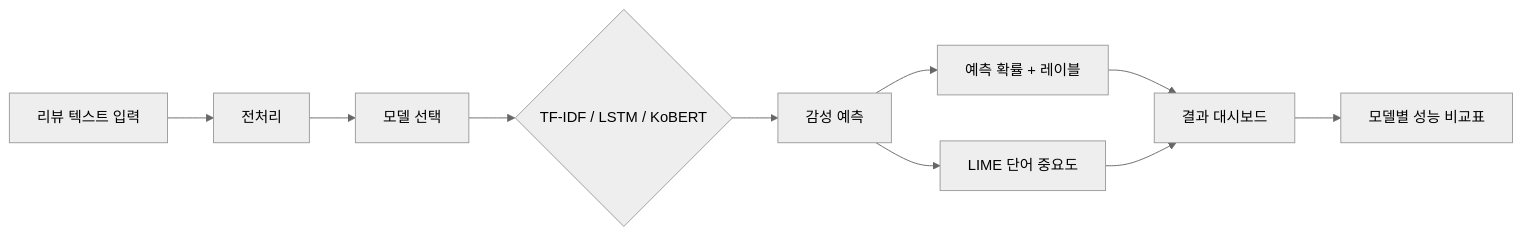
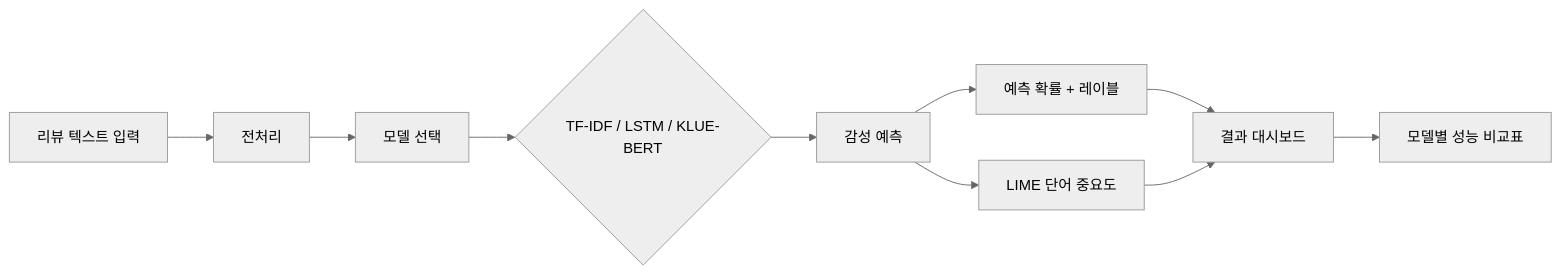
One commit to luma-team-ai/ai-service-blueprints changed the first of 2 diagrams in review-sentiment/docs/prd.md. Above: the diagram before and after it, drawn with Mermaid (neutral theme). The commit also changed other lines of this file, not shown here.

Commit message:
docs(review-sentiment): 트랜스포머 모델 KLUE-BERT로 확정 및 근거 반영

````diff
--- a/review-sentiment/docs/prd.md
+++ b/review-sentiment/docs/prd.md
@@ -134,12 +148,12 @@
 ```mermaid
 flowchart LR
   A[리뷰 텍스트 입력] --> B[전처리]
   B --> C[모델 선택]
-  C --> D{TF-IDF / LSTM / KoBERT}
+  C --> D{TF-IDF / LSTM / KLUE-BERT}
     D --> E[감성 예측]
     E --> F[예측 확률 + 레이블]
     E --> G[LIME 단어 중요도]
   F --> H[결과 대시보드]
   G --> H
   H --> I[모델별 성능 비교표]
 ```
````
